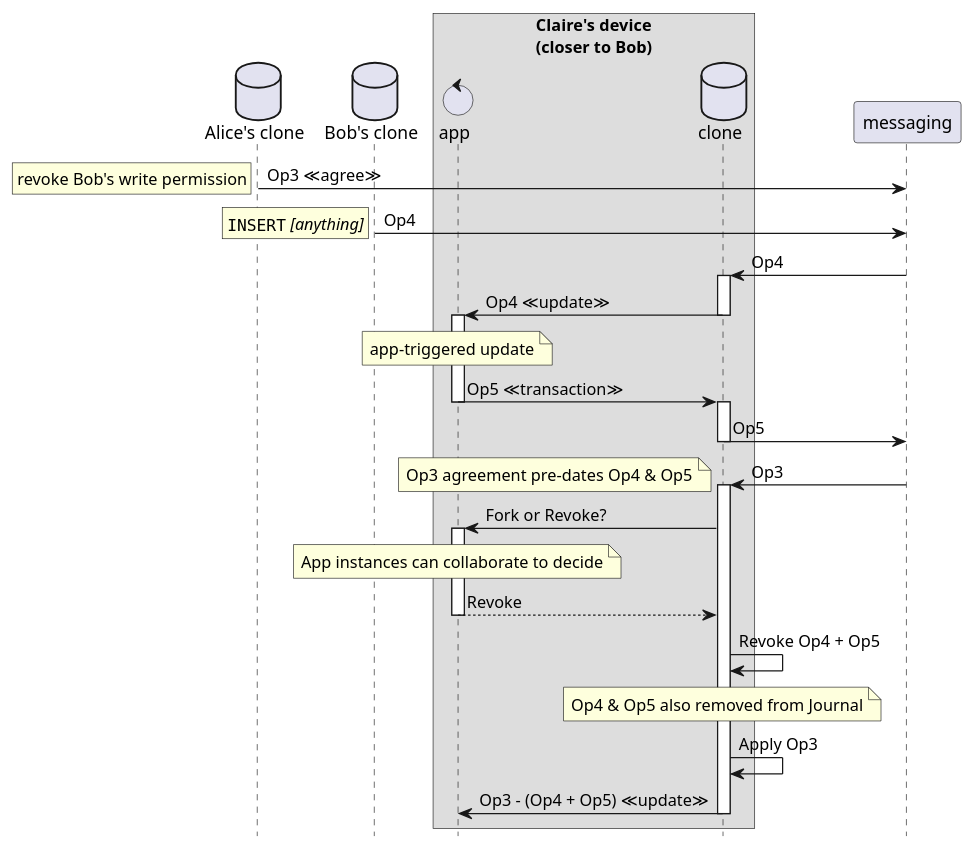
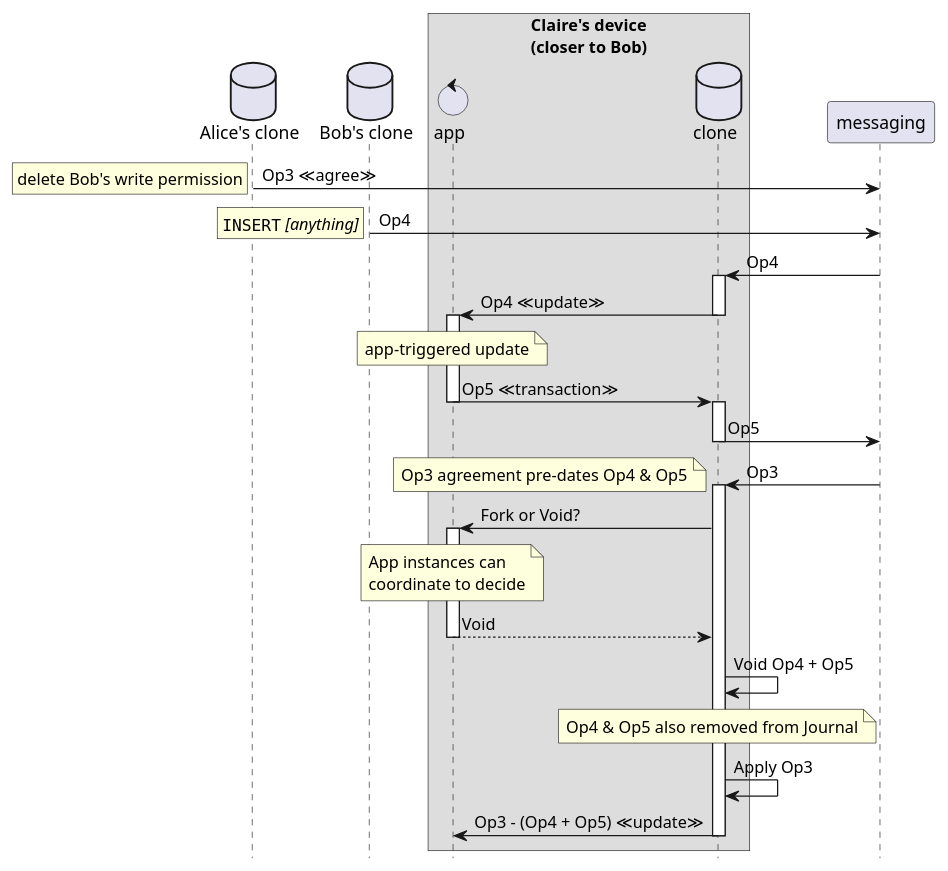
The diagram in design/6-claire-disordered-agree.seq.puml (m-ld/m-ld-security-spec), drawn with PlantUML before and after one commit. The commit also changed 24 other files, not shown here.

```diff
--- a/design/6-claire-disordered-agree.seq.puml
+++ b/design/6-claire-disordered-agree.seq.puml
@@ -1,35 +1,38 @@
 @startuml
 'https://plantuml.com/sequence-diagram
 hide footbox
 
 database "Alice's clone" as genesis
 database "Bob's clone" as clone2
 box Claire's device\n(closer to Bob)
 control "app" as proc4
 database "clone" as clone4
 end box
 
 genesis -> messaging: Op3 ≪agree≫
-rnote left: revoke Bob's write permission
+rnote left: delete Bob's write permission
 
 clone2 -> messaging: Op4
 rnote left: ""INSERT"" //[anything]//
 
 messaging -> clone4 ++: Op4
 clone4 -> proc4 --++: Op4 ≪update≫
 note over proc4: app-triggered update
 
 proc4 -> clone4 --++: Op5 ≪transaction≫
 clone4 -> messaging --: Op5
 
 messaging -> clone4 ++: Op3
 note left: Op3 agreement pre-dates Op4 & Op5
-clone4 -> proc4 ++: Fork or Revoke?
-note over proc4: App instances can collaborate to decide
-proc4 --> clone4 --: Revoke
-clone4 -> clone4: Revoke Op4 + Op5
+clone4 -> proc4 ++: Fork or Void?
+note over proc4
+App instances can
+coordinate to decide
+end note
+proc4 --> clone4 --: Void
+clone4 -> clone4: Void Op4 + Op5
 note over clone4: Op4 & Op5 also removed from Journal
 clone4 -> clone4: Apply Op3
 clone4 -> proc4 --: Op3 - (Op4 + Op5) ≪update≫
 
 @enduml
```
